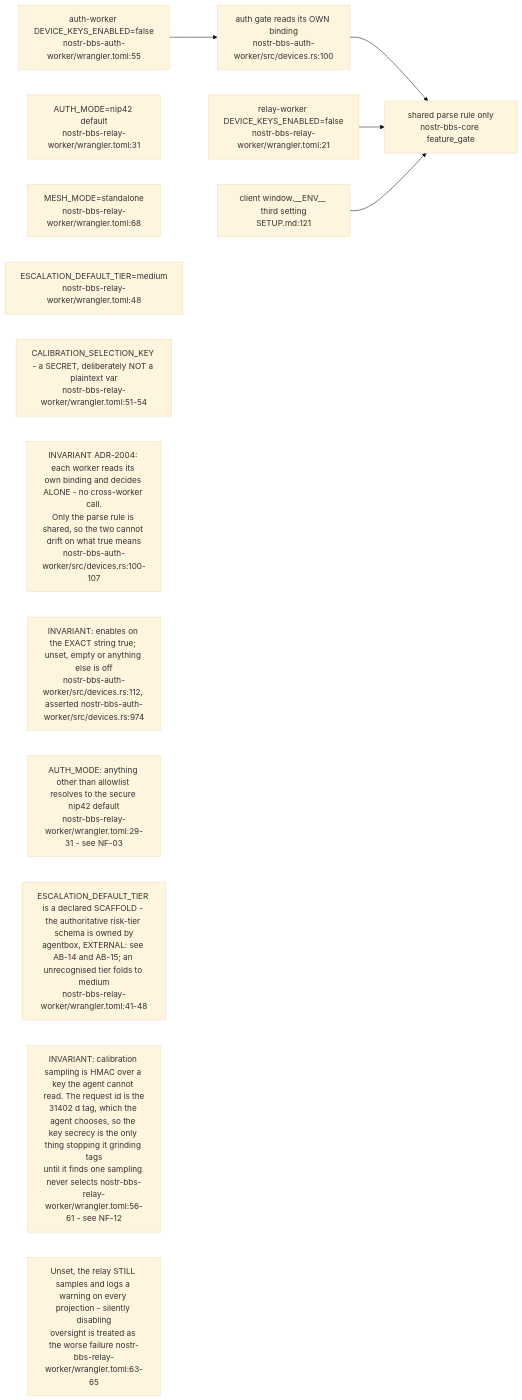
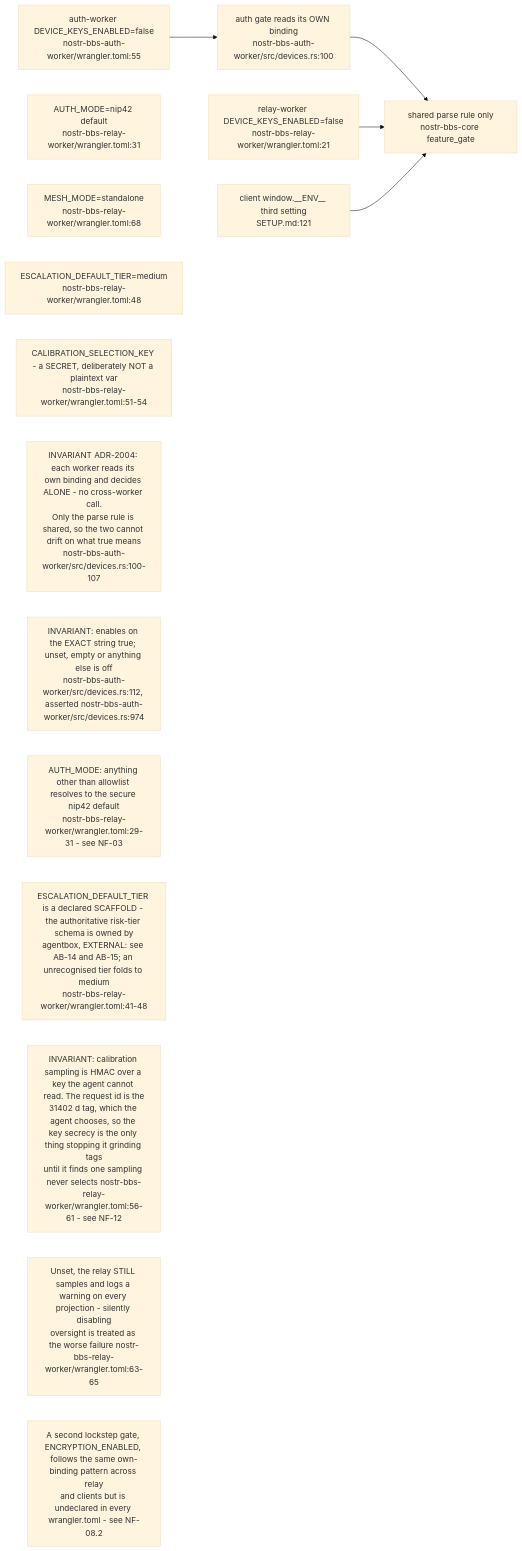
The eighth of 9 diagrams in docs/diagrams/nostr-rust-forum/08-config-zones-stores-and-admin-authority.md (DreamLab-AI/VisionFlow), drawn with Mermaid (base theme) before and after one commit. The commit also changed other lines of this file and 136 other files, not shown here.

First line of the commit message:
docs(diagrams): refresh the whole corpus to code HEAD and prune low-value diagrams

````diff
--- a/docs/diagrams/nostr-rust-forum/08-config-zones-stores-and-admin-authority.md
+++ b/docs/diagrams/nostr-rust-forum/08-config-zones-stores-and-admin-authority.md
@@ -219,23 +228,24 @@
 ```mermaid
 flowchart LR
     DKA["auth-worker DEVICE_KEYS_ENABLED=false<br/>nostr-bbs-auth-worker/wrangler.toml:55"]
     DKR["relay-worker DEVICE_KEYS_ENABLED=false<br/>nostr-bbs-relay-worker/wrangler.toml:21"]
     DKC["client window.__ENV__ third setting<br/>SETUP.md:121"]
     GATEFN["auth gate reads its OWN binding<br/>nostr-bbs-auth-worker/src/devices.rs:100"]
     SHARED["shared parse rule only<br/>nostr-bbs-core feature_gate"]
     AM["AUTH_MODE=nip42 default<br/>nostr-bbs-relay-worker/wrangler.toml:31"]
     MESH["MESH_MODE=standalone<br/>nostr-bbs-relay-worker/wrangler.toml:68"]
     ESC["ESCALATION_DEFAULT_TIER=medium<br/>nostr-bbs-relay-worker/wrangler.toml:48"]
     CAL["CALIBRATION_SELECTION_KEY - a SECRET, deliberately NOT a plaintext var<br/>nostr-bbs-relay-worker/wrangler.toml:51-54"]
 
     DKA --> GATEFN --> SHARED
     DKR --> SHARED
     DKC --> SHARED
 
     N1["INVARIANT ADR-2004: each worker reads its own binding and decides ALONE - no cross-worker call.<br/>Only the parse rule is shared, so the two cannot drift on what true means<br/>nostr-bbs-auth-worker/src/devices.rs:100-107"]
     N2["INVARIANT: enables on the EXACT string true; unset, empty or anything else is off<br/>nostr-bbs-auth-worker/src/devices.rs:112, asserted nostr-bbs-auth-worker/src/devices.rs:974"]
     N3["AUTH_MODE: anything other than allowlist resolves to the secure nip42 default<br/>nostr-bbs-relay-worker/wrangler.toml:29-31 - see NF-03"]
     N4["ESCALATION_DEFAULT_TIER is a declared SCAFFOLD - the authoritative risk-tier schema is owned by<br/>agentbox, EXTERNAL: see AB-14 and AB-15; an unrecognised tier folds to medium<br/>nostr-bbs-relay-worker/wrangler.toml:41-48"]
     N5["INVARIANT: calibration sampling is HMAC over a key the agent cannot read. The request id is the<br/>31402 d tag, which the agent chooses, so the key secrecy is the only thing stopping it grinding tags<br/>until it finds one sampling never selects nostr-bbs-relay-worker/wrangler.toml:56-61 - see NF-12"]
     N6["Unset, the relay STILL samples and logs a warning on every projection - silently disabling<br/>oversight is treated as the worse failure nostr-bbs-relay-worker/wrangler.toml:63-65"]
+    N7["A second lockstep gate, ENCRYPTION_ENABLED, follows the same own-binding pattern across relay<br/>and clients but is undeclared in every wrangler.toml - see NF-08.2"]
 ```
````
